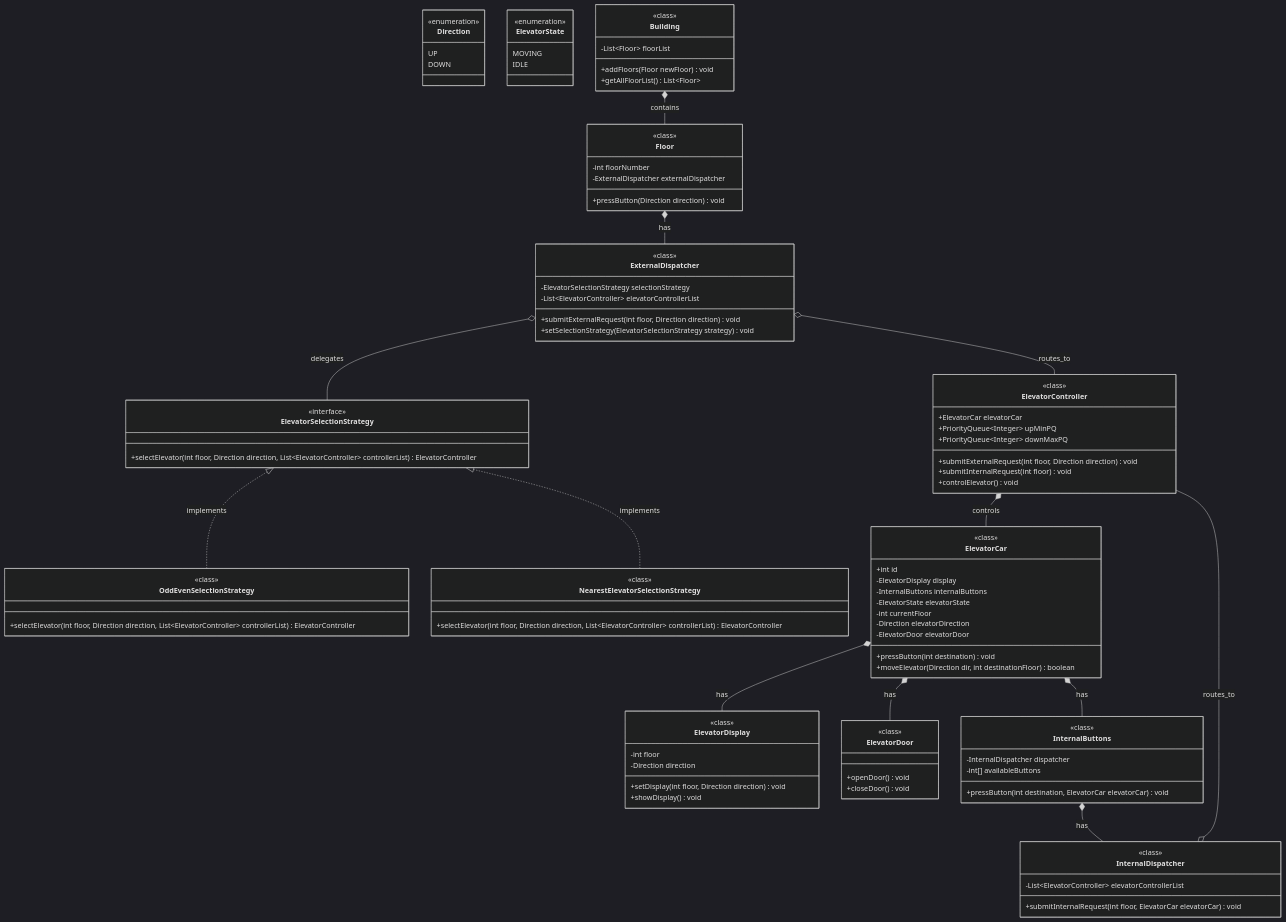
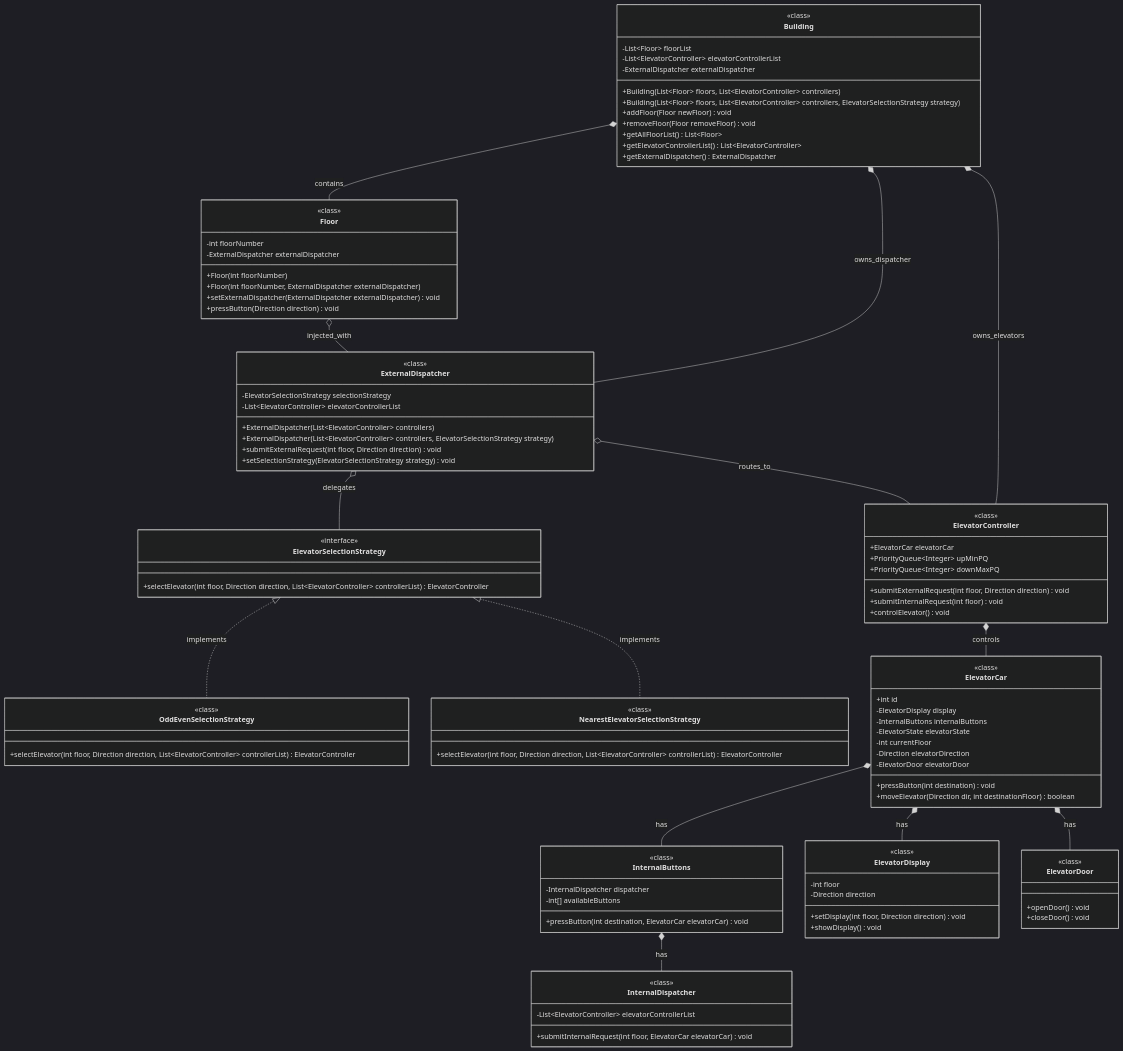
Before and after one commit to atharvam2004/LLD: the diagram in LLDElevatorDesign/UML.md, drawn with Mermaid (dark theme). The commit also changed other lines of this file and 11 other files, not shown here.

Commit message:
refactor(elevator): implement Clean Architecture with Building as Aggregate Root and dependency injection for dispatchers

````diff
--- a/LLDElevatorDesign/UML.md
+++ b/LLDElevatorDesign/UML.md
@@ -148,6 +82,40 @@
 ```mermaid
 classDiagram
     direction TB
+
+    class Building {
+        <<class>>
+        -List~Floor~ floorList
+        -List~ElevatorController~ elevatorControllerList
+        -ExternalDispatcher externalDispatcher
+        +Building(List~Floor~ floors, List~ElevatorController~ controllers)
+        +Building(List~Floor~ floors, List~ElevatorController~ controllers, ElevatorSelectionStrategy strategy)
+        +addFloor(Floor newFloor) void
+        +removeFloor(Floor removeFloor) void
+        +getAllFloorList() List~Floor~
+        +getElevatorControllerList() List~ElevatorController~
+        +getExternalDispatcher() ExternalDispatcher
+    }
+
+    class Floor {
+        <<class>>
+        -int floorNumber
+        -ExternalDispatcher externalDispatcher
+        +Floor(int floorNumber)
+        +Floor(int floorNumber, ExternalDispatcher externalDispatcher)
+        +setExternalDispatcher(ExternalDispatcher externalDispatcher) void
+        +pressButton(Direction direction) void
+    }
+
+    class ExternalDispatcher {
+        <<class>>
+        -ElevatorSelectionStrategy selectionStrategy
+        -List~ElevatorController~ elevatorControllerList
+        +ExternalDispatcher(List~ElevatorController~ controllers)
+        +ExternalDispatcher(List~ElevatorController~ controllers, ElevatorSelectionStrategy strategy)
+        +submitExternalRequest(int floor, Direction direction) void
+        +setSelectionStrategy(ElevatorSelectionStrategy strategy) void
+    }
 
     class ElevatorSelectionStrategy {
         <<interface>>
@@ -167,52 +135,15 @@
     ElevatorSelectionStrategy <|.. OddEvenSelectionStrategy : implements
     ElevatorSelectionStrategy <|.. NearestElevatorSelectionStrategy : implements
 
-    class Direction {
-        <<enumeration>>
-        UP
-        DOWN
+    class ElevatorController {
+        <<class>>
+        +ElevatorCar elevatorCar
+        +PriorityQueue~Integer~ upMinPQ
+        +PriorityQueue~Integer~ downMaxPQ
+        +submitExternalRequest(int floor, Direction direction) void
+        +submitInternalRequest(int floor) void
+        +controlElevator() void
     }
-
-    class ElevatorState {
-        <<enumeration>>
-        MOVING
-        IDLE
-    }
-
-    class ExternalDispatcher {
-        <<class>>
-        -ElevatorSelectionStrategy selectionStrategy
-        -List~ElevatorController~ elevatorControllerList
-        +submitExternalRequest(int floor, Direction direction) void
-        +setSelectionStrategy(ElevatorSelectionStrategy strategy) void
-    }
-
-    class InternalDispatcher {
-        <<class>>
-        -List~ElevatorController~ elevatorControllerList
-        +submitInternalRequest(int floor, ElevatorCar elevatorCar) void
-    }
-
-    ExternalDispatcher o-- ElevatorSelectionStrategy : delegates
-    ExternalDispatcher o-- ElevatorController : routes_to
-    InternalDispatcher o-- ElevatorController : routes_to
-
-    class Building {
-        <<class>>
-        -List~Floor~ floorList
-        +addFloors(Floor newFloor) void
-        +getAllFloorList() List~Floor~
-    }
-
-    class Floor {
-        <<class>>
-        -int floorNumber
-        -ExternalDispatcher externalDispatcher
-        +pressButton(Direction direction) void
-    }
-
-    Building *-- Floor : contains
-    Floor *-- ExternalDispatcher : has
 
     class ElevatorCar {
         <<class>>
@@ -225,6 +156,19 @@
         -ElevatorDoor elevatorDoor
         +pressButton(int destination) void
         +moveElevator(Direction dir, int destinationFloor) boolean
+    }
+
+    class InternalButtons {
+        <<class>>
+        -InternalDispatcher dispatcher
+        -int[] availableButtons
+        +pressButton(int destination, ElevatorCar elevatorCar) void
+    }
+
+    class InternalDispatcher {
+        <<class>>
+        -List~ElevatorController~ elevatorControllerList
+        +submitInternalRequest(int floor, ElevatorCar elevatorCar) void
     }
 
     class ElevatorDisplay {
@@ -241,27 +185,18 @@
         +closeDoor() void
     }
 
-    class InternalButtons {
-        <<class>>
-        -InternalDispatcher dispatcher
-        -int[] availableButtons
-        +pressButton(int destination, ElevatorCar elevatorCar) void
-    }
+    %% Clean Building Aggregate Root Composition
+    Building *-- Floor : contains
+    Building *-- ElevatorController : owns_elevators
+    Building *-- ExternalDispatcher : owns_dispatcher
+    Floor o-- ExternalDispatcher : injected_with
 
+    ExternalDispatcher o-- ElevatorSelectionStrategy : delegates
+    ExternalDispatcher o-- ElevatorController : routes_to
+
+    ElevatorController *-- ElevatorCar : controls
     ElevatorCar *-- ElevatorDisplay : has
     ElevatorCar *-- ElevatorDoor : has
     ElevatorCar *-- InternalButtons : has
     InternalButtons *-- InternalDispatcher : has
-
-    class ElevatorController {
-        <<class>>
-        +ElevatorCar elevatorCar
-        +PriorityQueue~Integer~ upMinPQ
-        +PriorityQueue~Integer~ downMaxPQ
-        +submitExternalRequest(int floor, Direction direction) void
-        +submitInternalRequest(int floor) void
-        +controlElevator() void
-    }
-
-    ElevatorController *-- ElevatorCar : controls
 ```
````
